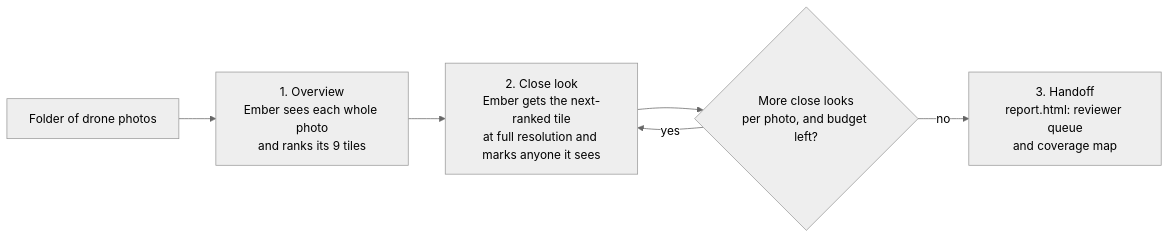
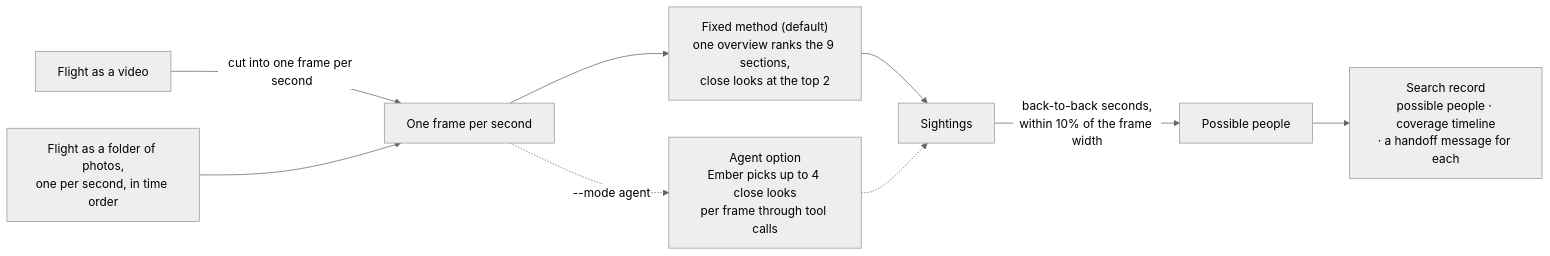
Before and after one commit to napiermd/open-water-search: the first of 4 diagrams in README.md, drawn with Mermaid (neutral theme). The commit also changed other lines of this file and 7 other files, not shown here.

Commit message:
#17: README and landing page lead with a flight going in and a search record coming out, then the scale run and the detector comparison

```diff
--- a/README.md
+++ b/README.md
@@ -15,8 +15,11 @@
 ~~~mermaid
 flowchart LR
-    photos["Folder of drone photos"] --> overview["1. Overview<br/>Ember sees each whole photo<br/>and ranks its 9 tiles"]
-    overview --> look["2. Close look<br/>Ember gets the next-ranked tile<br/>at full resolution and marks anyone it sees"]
-    look --> more{"More close looks<br/>per photo, and budget left?"}
-    more -- yes --> look
-    more -- no --> report["3. Handoff<br/>report.html: reviewer queue<br/>and coverage map"]
+    video["Flight as a video"] -->|"cut into one frame per second"| frames["One frame per second"]
+    folder["Flight as a folder of photos,<br/>one per second, in time order"] --> frames
+    frames --> fixed["Fixed method (default)<br/>one overview ranks the 9 sections,<br/>close looks at the top 2"]
+    frames -.->|"--mode agent"| agent["Agent option<br/>Ember picks up to 4 close looks<br/>per frame through tool calls"]
+    fixed --> sightings["Sightings"]
+    agent -.-> sightings
+    sightings -->|"back-to-back seconds,<br/>within 10% of the frame width"| people["Possible people"]
+    people --> record["Search record<br/>possible people · coverage timeline<br/>· a handoff message for each"]
 ~~~
```
